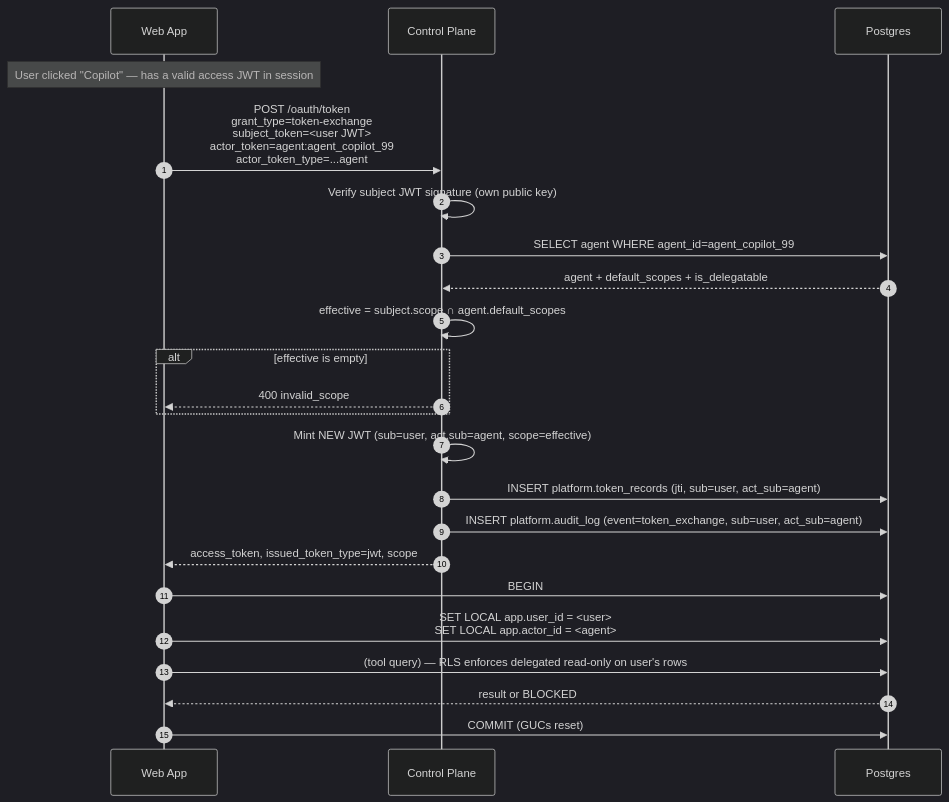
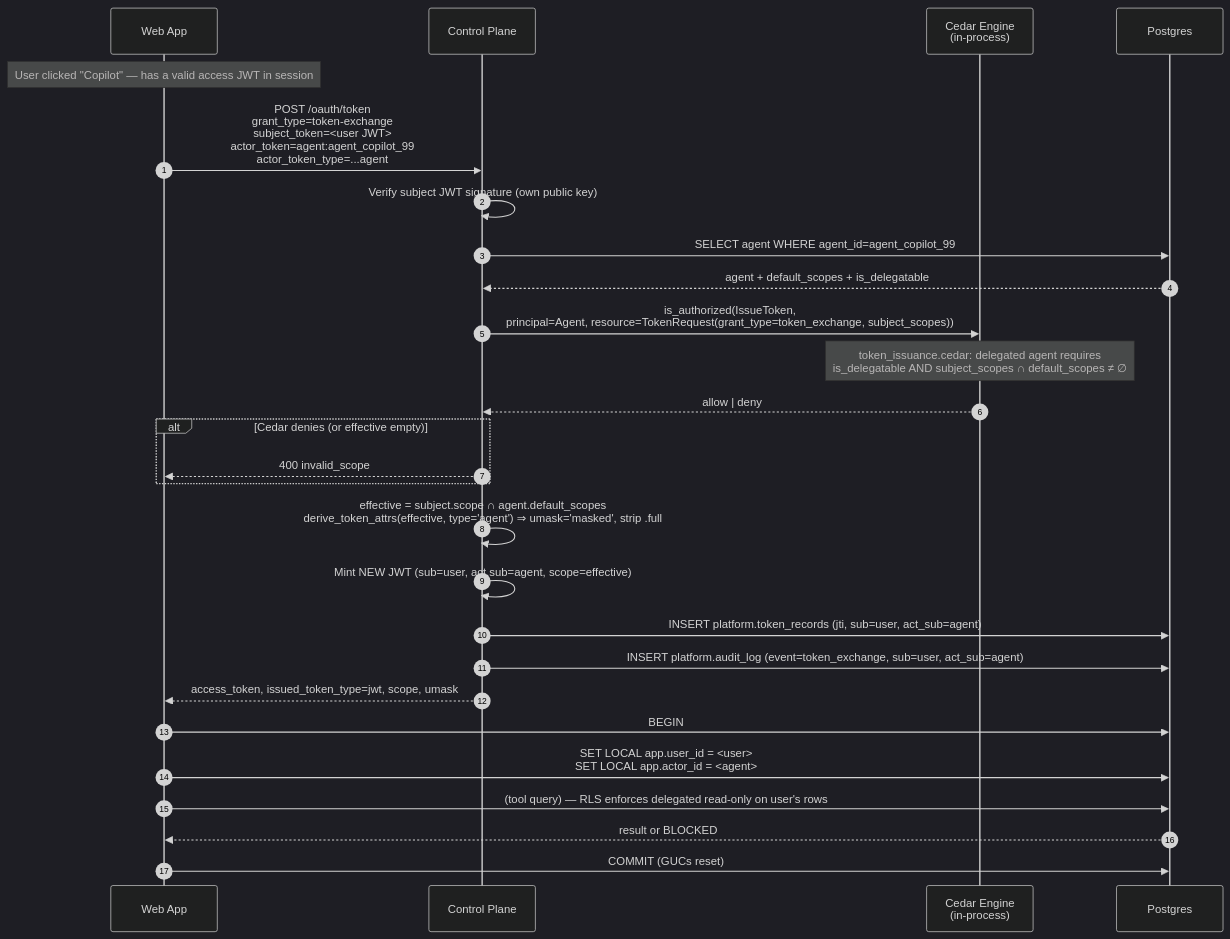
One commit to theRealMarkCastillo/identity-demo changed the third of 8 diagrams in docs/ARCHITECTURE.md. Above: the diagram before and after it, drawn with Mermaid (dark theme). The commit also changed other lines of this file and 22 other files, not shown here.

First line of the commit message:
Add Cedar policy engine for service-level authorization

````diff
--- a/docs/ARCHITECTURE.md
+++ b/docs/ARCHITECTURE.md
@@ -601,27 +634,31 @@
 ```mermaid
 sequenceDiagram
     autonumber
     participant W as Web App
     participant CP as Control Plane
+    participant CEDAR as Cedar Engine<br/>(in-process)
     participant DB as Postgres
 
     Note over W: User clicked "Copilot" — has a valid access JWT in session
 
     W->>CP: POST /oauth/token<br/>grant_type=token-exchange<br/>subject_token=<user JWT><br/>actor_token=agent:agent_copilot_99<br/>actor_token_type=...agent
     CP->>CP: Verify subject JWT signature (own public key)
     CP->>DB: SELECT agent WHERE agent_id=agent_copilot_99
     DB-->>CP: agent + default_scopes + is_delegatable
-    CP->>CP: effective = subject.scope ∩ agent.default_scopes
-    alt effective is empty
+    CP->>CEDAR: is_authorized(IssueToken,<br/>principal=Agent, resource=TokenRequest(grant_type=token_exchange, subject_scopes))
+    Note over CEDAR: token_issuance.cedar: delegated agent requires<br/>is_delegatable AND subject_scopes ∩ default_scopes ≠ ∅
+    CEDAR-->>CP: allow | deny
+    alt Cedar denies (or effective empty)
         CP-->>W: 400 invalid_scope
     end
+    CP->>CP: effective = subject.scope ∩ agent.default_scopes<br/>derive_token_attrs(effective, type='agent') ⇒ umask='masked', strip .full
     CP->>CP: Mint NEW JWT (sub=user, act.sub=agent, scope=effective)
     CP->>DB: INSERT platform.token_records (jti, sub=user, act_sub=agent)
     CP->>DB: INSERT platform.audit_log (event=token_exchange, sub=user, act_sub=agent)
-    CP-->>W: access_token, issued_token_type=jwt, scope
+    CP-->>W: access_token, issued_token_type=jwt, scope, umask
     W->>DB: BEGIN
     W->>DB: SET LOCAL app.user_id = <user><br/>SET LOCAL app.actor_id = <agent>
     W->>DB: (tool query) — RLS enforces delegated read-only on user's rows
     DB-->>W: result or BLOCKED
     W->>DB: COMMIT (GUCs reset)
 ```
````
